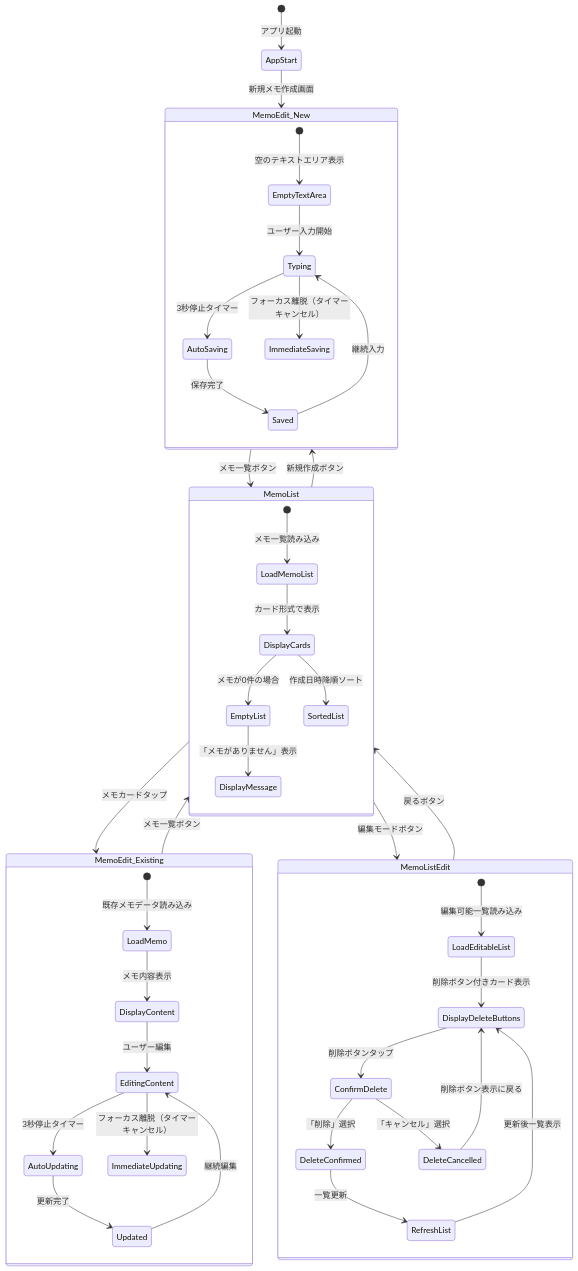
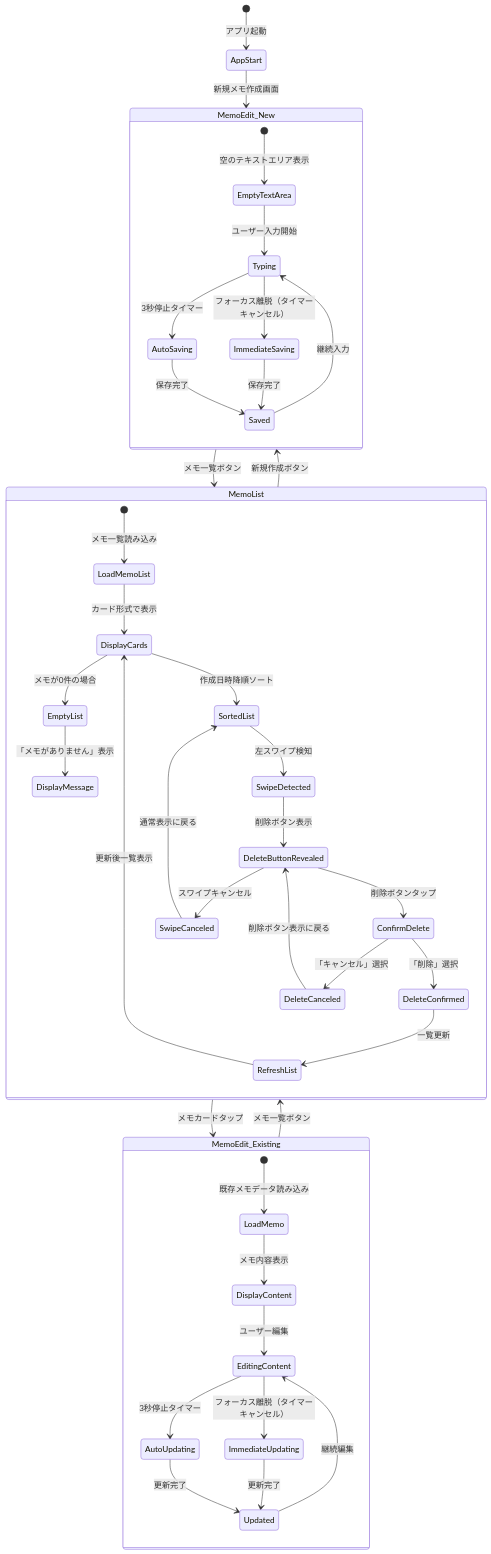
One commit to KajiyaManzou/ai-MyNotes changed the second of 7 diagrams in screenFlow.md. Above: the diagram before and after it, drawn with Mermaid. The commit also changed other lines of this file and 4 other files, not shown here.

````diff
--- a/screenFlow.md
+++ b/screenFlow.md
@@ -44,52 +39,53 @@
 ```mermaid
 stateDiagram-v2
     [*] --> AppStart : アプリ起動
     
     AppStart --> MemoEdit_New : 新規メモ作成画面
     
     state MemoEdit_New {
         [*] --> EmptyTextArea : 空のテキストエリア表示
         EmptyTextArea --> Typing : ユーザー入力開始
         Typing --> AutoSaving : 3秒停止タイマー
         Typing --> ImmediateSaving : フォーカス離脱（タイマーキャンセル）
         AutoSaving --> Saved : 保存完了
+        ImmediateSaving --> Saved : 保存完了
         Saved --> Typing : 継続入力
     }
     
     state MemoEdit_Existing {
         [*] --> LoadMemo : 既存メモデータ読み込み
         LoadMemo --> DisplayContent : メモ内容表示
         DisplayContent --> EditingContent : ユーザー編集
         EditingContent --> AutoUpdating : 3秒停止タイマー
         EditingContent --> ImmediateUpdating : フォーカス離脱（タイマーキャンセル）
         AutoUpdating --> Updated : 更新完了
+        ImmediateUpdating --> Updated : 更新完了
         Updated --> EditingContent : 継続編集
     }
     
     state MemoList {
         [*] --> LoadMemoList : メモ一覧読み込み
         LoadMemoList --> DisplayCards : カード形式で表示
         DisplayCards --> EmptyList : メモが0件の場合
         DisplayCards --> SortedList : 作成日時降順ソート
         EmptyList --> DisplayMessage : 「メモがありません」表示
-    }
-    
-    state MemoListEdit {
-        [*] --> LoadEditableList : 編集可能一覧読み込み
-        LoadEditableList --> DisplayDeleteButtons : 削除ボタン付きカード表示
-        DisplayDeleteButtons --> ConfirmDelete : 削除ボタンタップ
+        
+        %% 左スワイプ削除状態
+        SortedList --> SwipeDetected : 左スワイプ検知
+        SwipeDetected --> DeleteButtonRevealed : 削除ボタン表示
+        DeleteButtonRevealed --> ConfirmDelete : 削除ボタンタップ
+        DeleteButtonRevealed --> SwipeCanceled : スワイプキャンセル
         ConfirmDelete --> DeleteConfirmed : 「削除」選択
-        ConfirmDelete --> DeleteCancelled : 「キャンセル」選択
+        ConfirmDelete --> DeleteCanceled : 「キャンセル」選択
         DeleteConfirmed --> RefreshList : 一覧更新
-        DeleteCancelled --> DisplayDeleteButtons : 削除ボタン表示に戻る
-        RefreshList --> DisplayDeleteButtons : 更新後一覧表示
+        DeleteCanceled --> DeleteButtonRevealed : 削除ボタン表示に戻る
+        SwipeCanceled --> SortedList : 通常表示に戻る
+        RefreshList --> DisplayCards : 更新後一覧表示
     }
     
     %% 画面間遷移
     MemoEdit_New --> MemoList : メモ一覧ボタン
     MemoEdit_Existing --> MemoList : メモ一覧ボタン
     MemoList --> MemoEdit_New : 新規作成ボタン
     MemoList --> MemoEdit_Existing : メモカードタップ
-    MemoList --> MemoListEdit : 編集モードボタン
-    MemoListEdit --> MemoList : 戻るボタン
 ```
````
